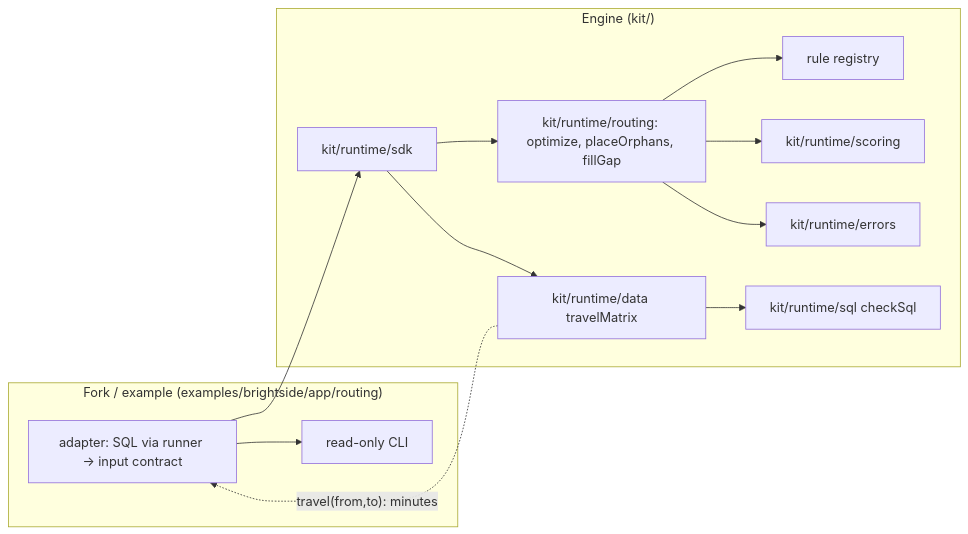
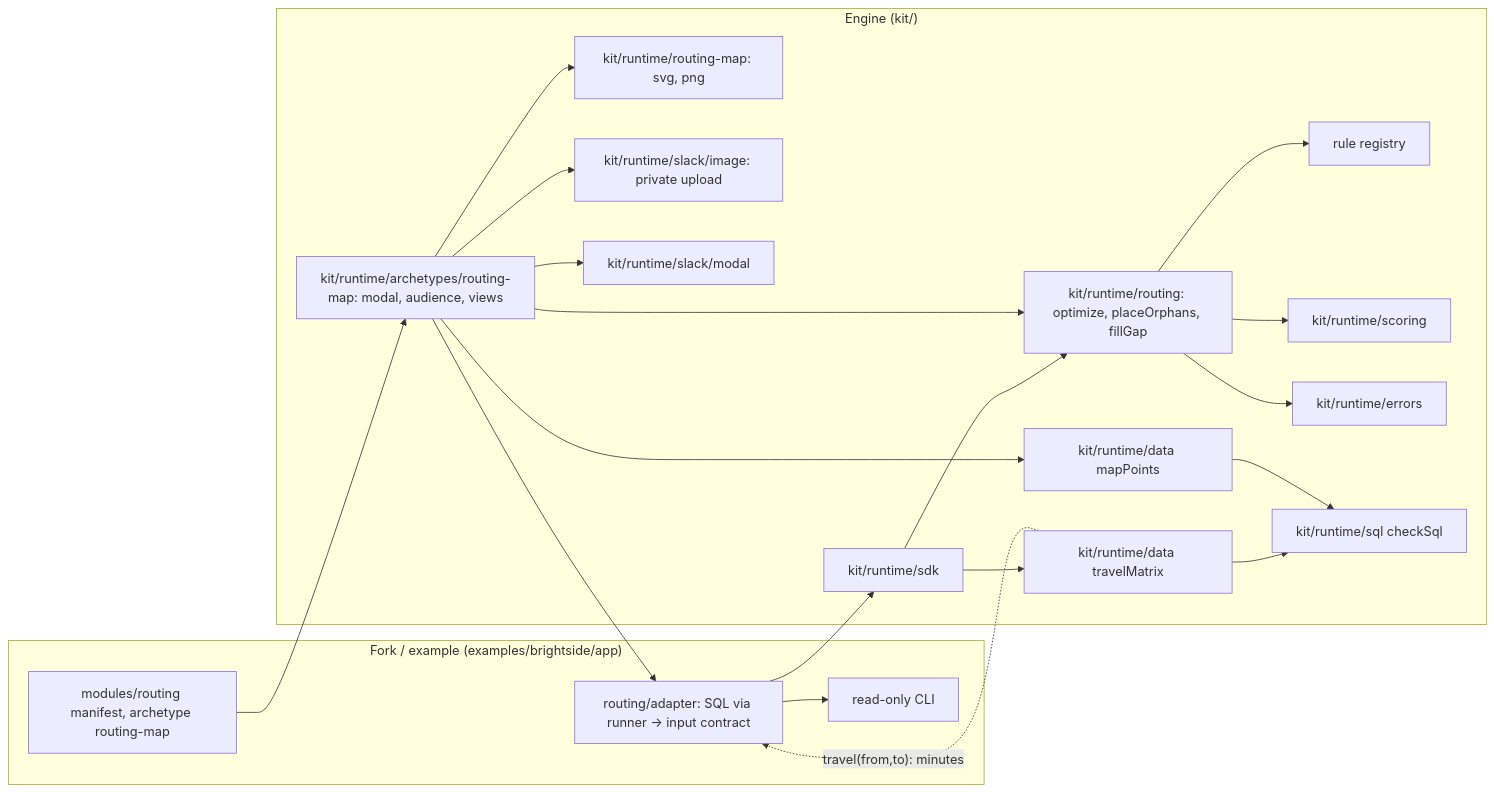
The diagram in docs/planning/planning-artifacts/architecture-routing.md (eppotter/AP-Labs), drawn with Mermaid before and after one commit. The commit also changed other lines of this file and 4 other files, not shown here.

First line of the commit message:
docs(routing): Epic 15, a Slack map modal for routes, after T3 review

````diff
--- a/docs/planning/planning-artifacts/architecture-routing.md
+++ b/docs/planning/planning-artifacts/architecture-routing.md
@@ -28,17 +28,27 @@
 ```mermaid
 flowchart LR
-  subgraph fork["Fork / example (examples/brightside/app/routing)"]
-    AD[adapter: SQL via runner → input contract] --> CLI[read-only CLI]
+  subgraph fork["Fork / example (examples/brightside/app)"]
+    AD[routing/adapter: SQL via runner → input contract] --> CLI[read-only CLI]
+    MOD[modules/routing manifest, archetype routing-map]
   end
   subgraph engine["Engine (kit/)"]
     R[kit/runtime/routing: optimize, placeOrphans, fillGap] --> RR[rule registry]
     R --> SC[kit/runtime/scoring]
     R --> ER[kit/runtime/errors]
     TM[kit/runtime/data travelMatrix] --> G[kit/runtime/sql checkSql]
+    MP[kit/runtime/data mapPoints] --> G
+    RM[kit/runtime/routing-map: svg, png]
+    ARC[kit/runtime/archetypes/routing-map: modal, audience, views] --> IMG[kit/runtime/slack/image: private upload]
+    ARC --> MODAL[kit/runtime/slack/modal]
     SDK[kit/runtime/sdk]
   end
   AD --> SDK
   SDK --> R
   SDK --> TM
   TM -. "travel(from,to): minutes" .-> AD
+  MOD --> ARC
+  ARC --> AD
+  ARC --> R
+  ARC --> MP
+  ARC --> RM
 ```
````
